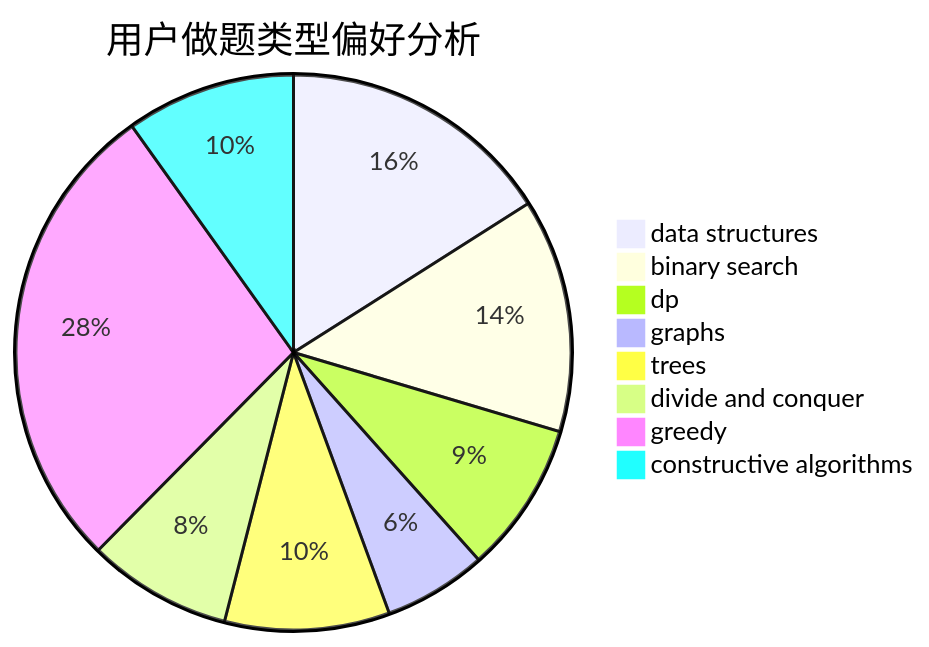
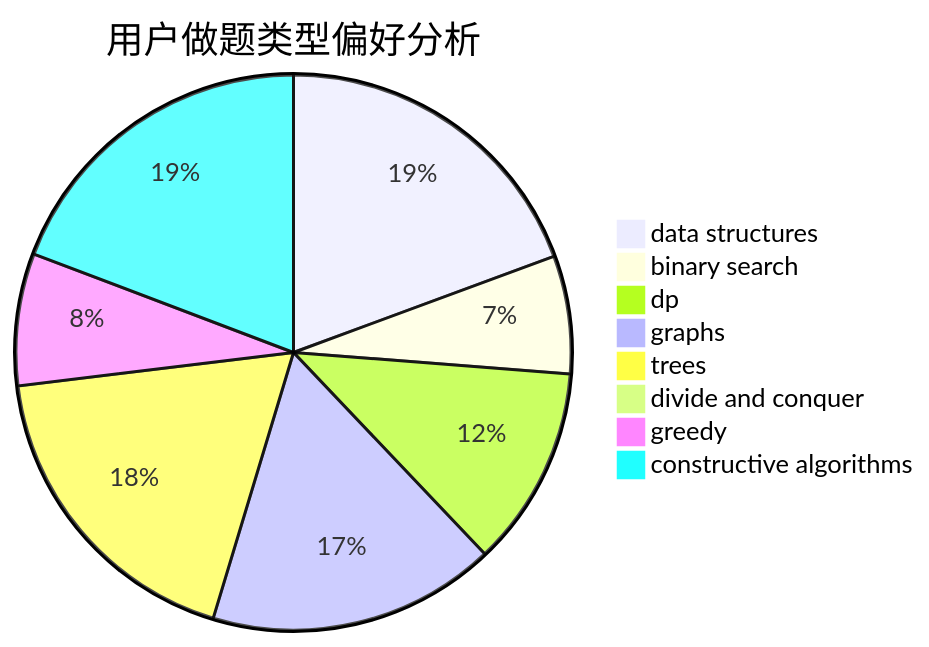
One commit to sherpahu/cfrs.github.io changed the second of 3 diagrams in docs/user/u1059.md. Above: the diagram before and after it, drawn with Mermaid. The commit also changed other lines of this file and 2770 other files, not shown here.

````diff
--- a/docs/user/u1059.md
+++ b/docs/user/u1059.md
@@ -23,11 +23,11 @@
 ```mermaid
 pie title 用户做题类型偏好分析
-    "data structures" :  120
-    "binary search" :  102
-    "dp" :  66
-    "graphs" :  45
-    "trees" :  72
-    "divide and conquer" :  63
-    "greedy" :  208
-    "constructive algorithms" :  74
+    "data structures" :  141
+    "binary search" :  50
+    "dp" :  85
+    "graphs" :  122
+    "trees" :  134
+    "divide and conquer" :  0
+    "greedy" :  56
+    "constructive algorithms" :  140
 ```
````
